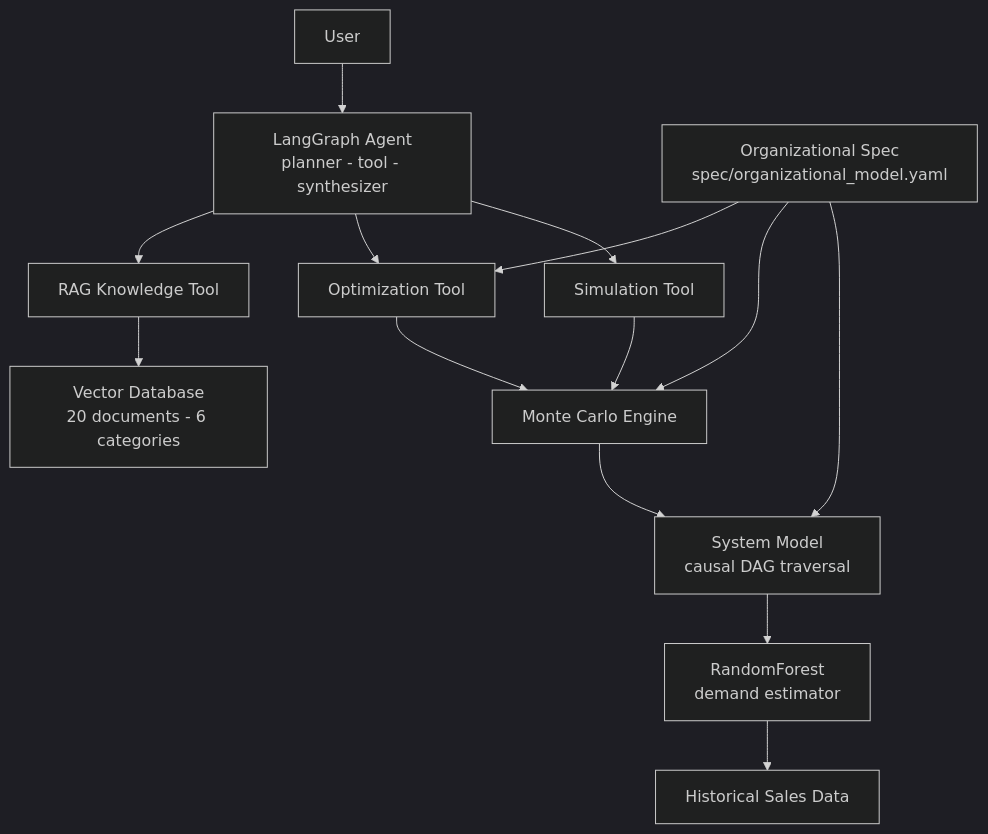
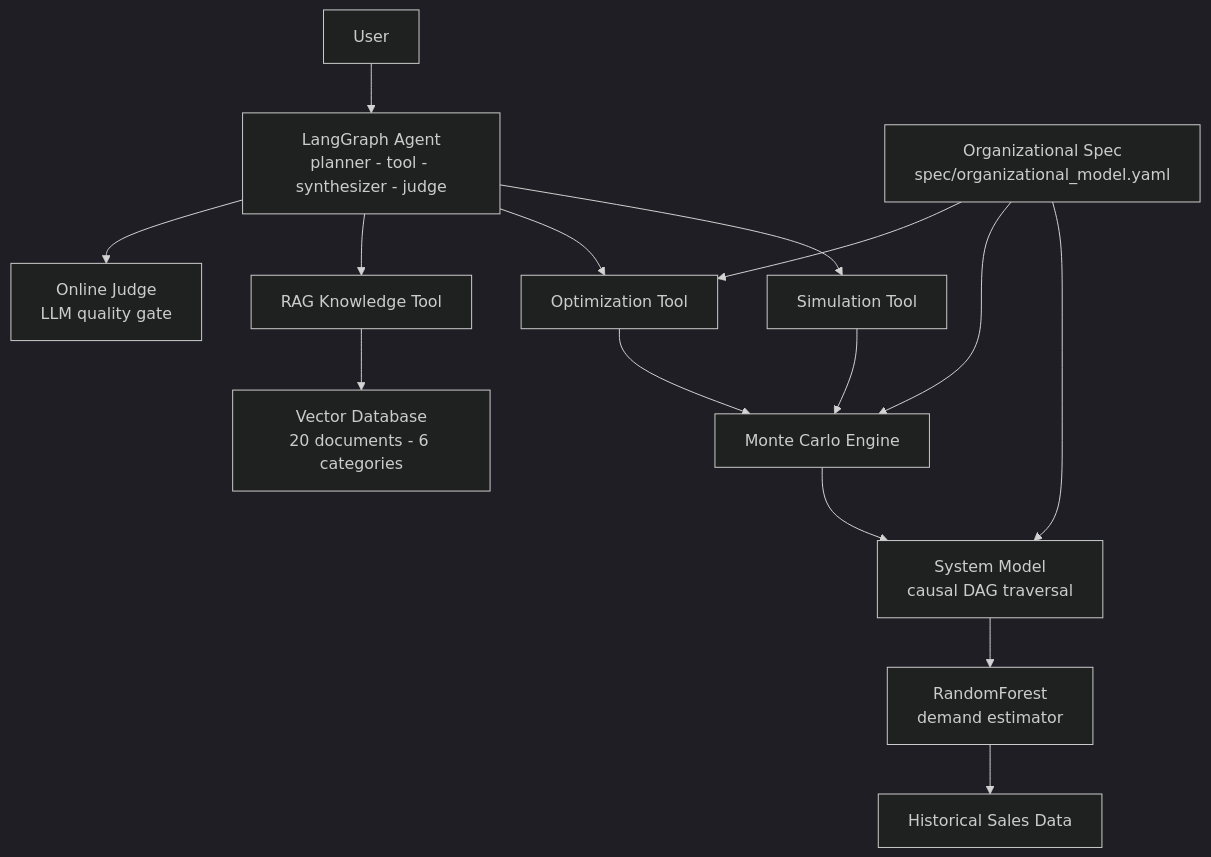
The first of 3 diagrams in README.md (gmateosAWS/decision-intelligence-agent), drawn with Mermaid (dark theme) before and after one commit. The commit also changed other lines of this file, not shown here.

Commit message:
add LLM judge to README

````diff
--- a/README.md
+++ b/README.md
@@ -104,31 +104,39 @@
 ```mermaid
 flowchart TD
     User[User]
-    Agent["LangGraph Agent\nplanner - tool - synthesizer"]
-    Spec["Organizational Spec\nspec/organizational_model.yaml"]
+    Agent["LangGraph Agent
+planner - tool - synthesizer - judge"]
+    Spec["Organizational Spec
+spec/organizational_model.yaml"]
     SimTool[Simulation Tool]
     OptTool[Optimization Tool]
     KnowTool[RAG Knowledge Tool]
     SimEngine[Monte Carlo Engine]
-    VectorDB["Vector Database\n20 documents - 6 categories"]
-    SystemModel["System Model\ncausal DAG traversal"]
-    MLModel["RandomForest\ndemand estimator"]
+    VectorDB["Vector Database
+20 documents - 6 categories"]
+    SystemModel["System Model
+causal DAG traversal"]
+    MLModel["RandomForest
+demand estimator"]
+    Judge["Online Judge
+LLM quality gate"]
     Data[Historical Sales Data]
 
     User --> Agent
     Spec --> SystemModel
     Spec --> SimEngine
     Spec --> OptTool
 
     Agent --> SimTool
     Agent --> OptTool
     Agent --> KnowTool
+    Agent --> Judge
 
     SimTool --> SimEngine
     OptTool --> SimEngine
     KnowTool --> VectorDB
 
     SimEngine --> SystemModel
     SystemModel --> MLModel
     MLModel --> Data
 ```
````
